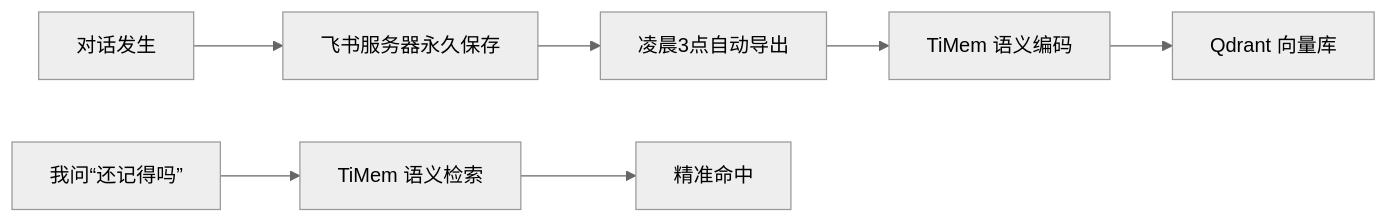
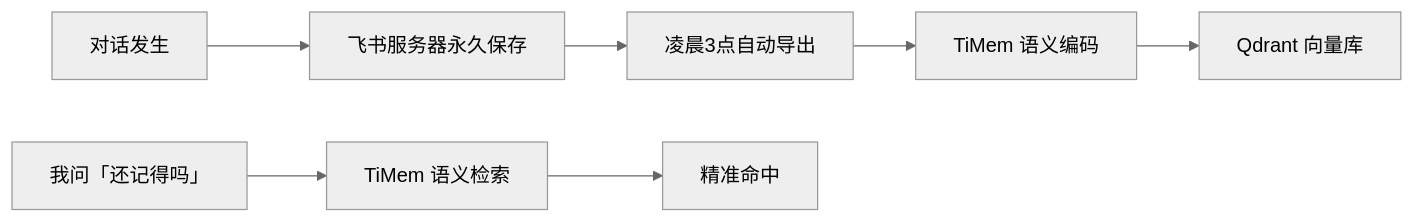
The diagram in content/posts/feishu-export-timem-recall.md (wujiangyyo/goke-tech-blog), drawn with Mermaid (neutral theme) before and after one commit.

Commit message:
fix: mermaid flowchart uses Chinese quotes to avoid parser confusion

````diff
--- a/content/posts/feishu-export-timem-recall.md
+++ b/content/posts/feishu-export-timem-recall.md
@@ -220,9 +220,9 @@
 ```mermaid
 flowchart LR
     A[对话发生] --> B[飞书服务器永久保存]
     B --> C[凌晨3点自动导出]
     C --> D[TiMem 语义编码]
     D --> E[Qdrant 向量库]
-    F[我问“还记得吗”] --> G[TiMem 语义检索]
+    F[我问「还记得吗」] --> G[TiMem 语义检索]
     G --> H[精准命中]
 ```
````
